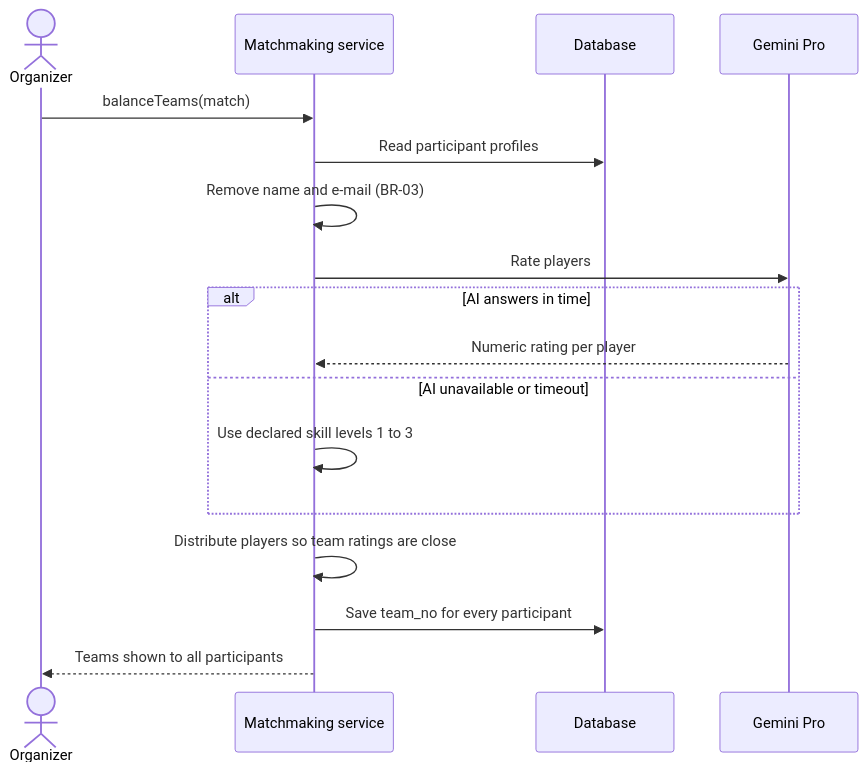
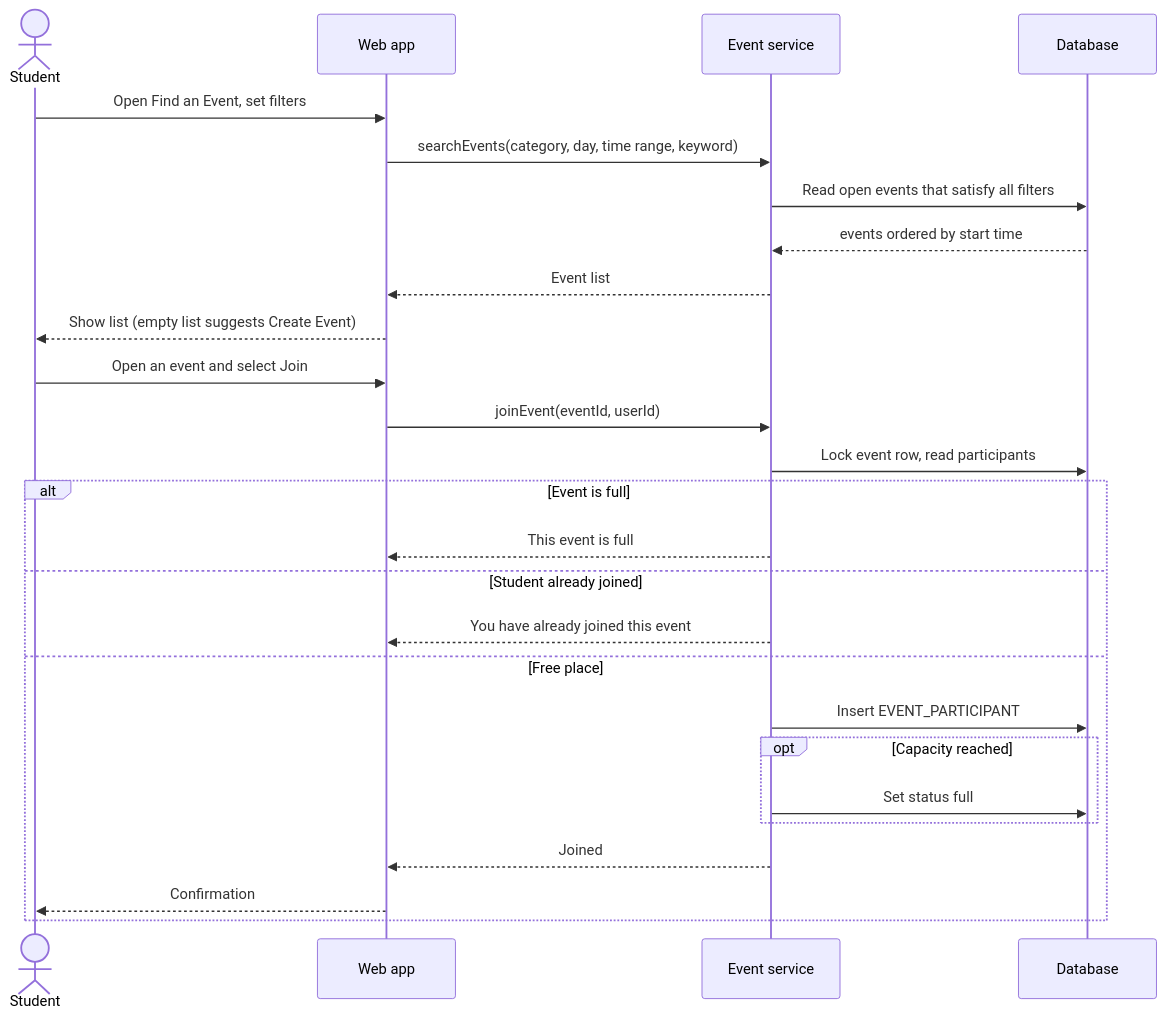
Before and after one commit to emir-heval-arda-harun/CMPE-331-project: the fifth of 8 diagrams in docs/requirement_analysis_report.md, drawn with Mermaid. The commit also changed other lines of this file and 139 other files, not shown here.

````diff
--- a/docs/requirement_analysis_report.md
+++ b/docs/requirement_analysis_report.md
@@ -346,20 +339,29 @@
 ```mermaid
 sequenceDiagram
-    actor O as Organizer
-    participant MM as Matchmaking service
+    actor S as Student
+    participant W as Web app
+    participant ES as Event service
     participant D as Database
-    participant G as Gemini Pro
 
-    O->>MM: balanceTeams(match)
-    MM->>D: Read participant profiles
-    MM->>MM: Remove name and e-mail (BR-03)
-    MM->>G: Rate players
-    alt AI answers in time
-        G-->>MM: Numeric rating per player
-    else AI unavailable or timeout
-        MM->>MM: Use declared skill levels 1 to 3
+    S->>W: Open Find an Event, set filters
+    W->>ES: searchEvents(category, day, time range, keyword)
+    ES->>D: Read open events that satisfy all filters
+    D-->>ES: events ordered by start time
+    ES-->>W: Event list
+    W-->>S: Show list (empty list suggests Create Event)
+    S->>W: Open an event and select Join
+    W->>ES: joinEvent(eventId, userId)
+    ES->>D: Lock event row, read participants
+    alt Event is full
+        ES-->>W: This event is full
+    else Student already joined
+        ES-->>W: You have already joined this event
+    else Free place
+        ES->>D: Insert EVENT_PARTICIPANT
+        opt Capacity reached
+            ES->>D: Set status full
+        end
+        ES-->>W: Joined
+        W-->>S: Confirmation
     end
-    MM->>MM: Distribute players so team ratings are close
-    MM->>D: Save team_no for every participant
-    MM-->>O: Teams shown to all participants
 ```
````
